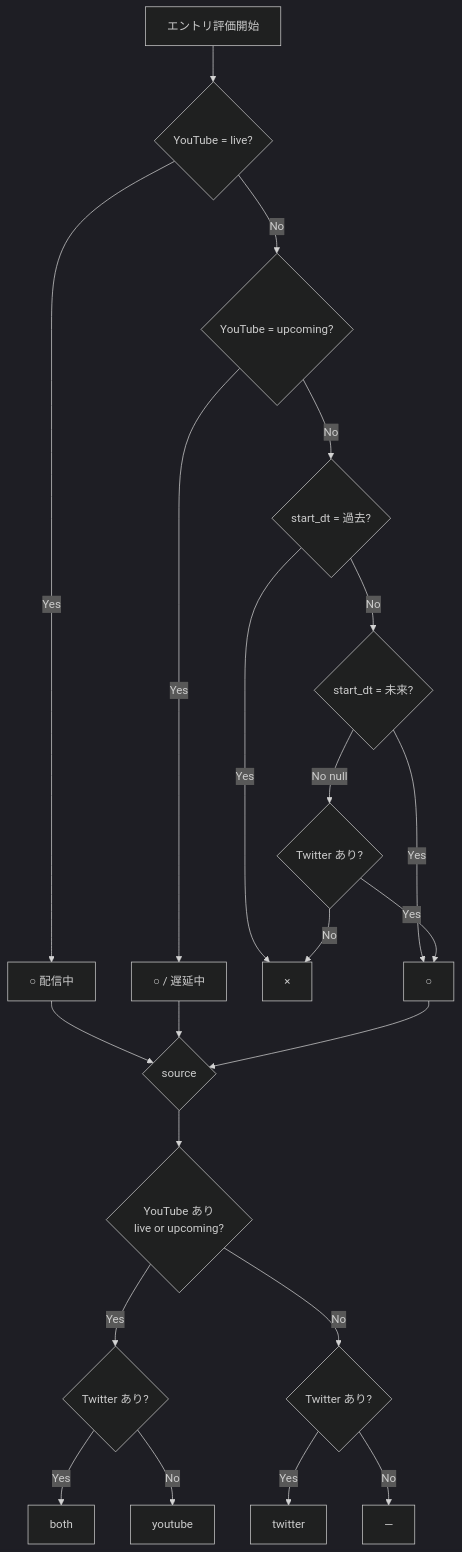
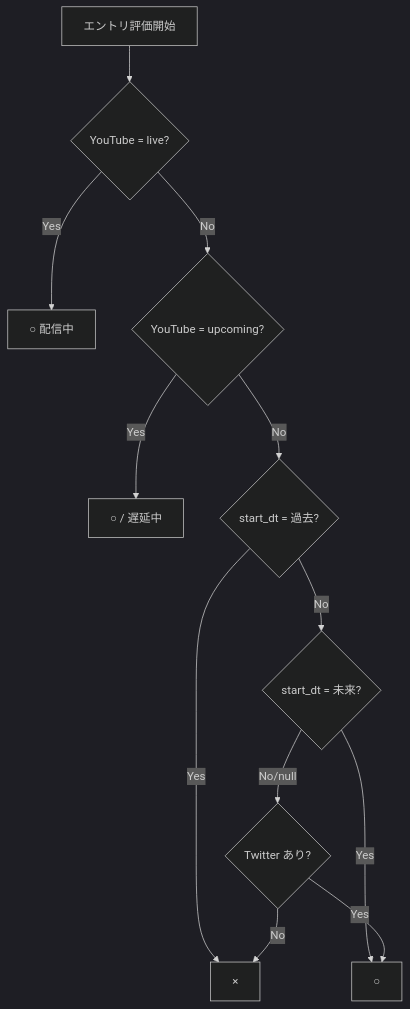
One commit to f2sk/vt-scheduler changed the first of 2 diagrams in README.md. Above: the diagram before and after it, drawn with Mermaid (dark theme). The commit also changed other lines of this file, not shown here.

Commit message:
README: 表示判定とsource判定のフローチャートを分割

````diff
--- a/README.md
+++ b/README.md
@@ -127,32 +127,14 @@
 ```mermaid
 flowchart TD
     A[エントリ評価開始] --> B{YouTube = live?}
-
     B -- Yes --> LIVE[○ 配信中]
     B -- No  --> C{YouTube = upcoming?}
-
     C -- Yes --> UPCOMING[○ / 遅延中]
     C -- No  --> D{start_dt = 過去?}
-
     D -- Yes --> HIDE[×]
     D -- No  --> E{start_dt = 未来?}
-
     E -- Yes --> SHOW[○]
-    E -- No null --> F{Twitter あり?}
-
+    E -- No/null --> F{Twitter あり?}
     F -- Yes --> SHOW
     F -- No  --> HIDE
-
-    LIVE     --> S{source}
-    UPCOMING --> S
-    SHOW     --> S
-
-    S --> G{YouTube あり\nlive or upcoming?}
-    G -- Yes --> H{Twitter あり?}
-    G -- No  --> I{Twitter あり?}
-
-    H -- Yes --> BOTH[both]
-    H -- No  --> YT[youtube]
-    I -- Yes --> TW[twitter]
-    I -- No  --> NONE[—]
 ```
````
